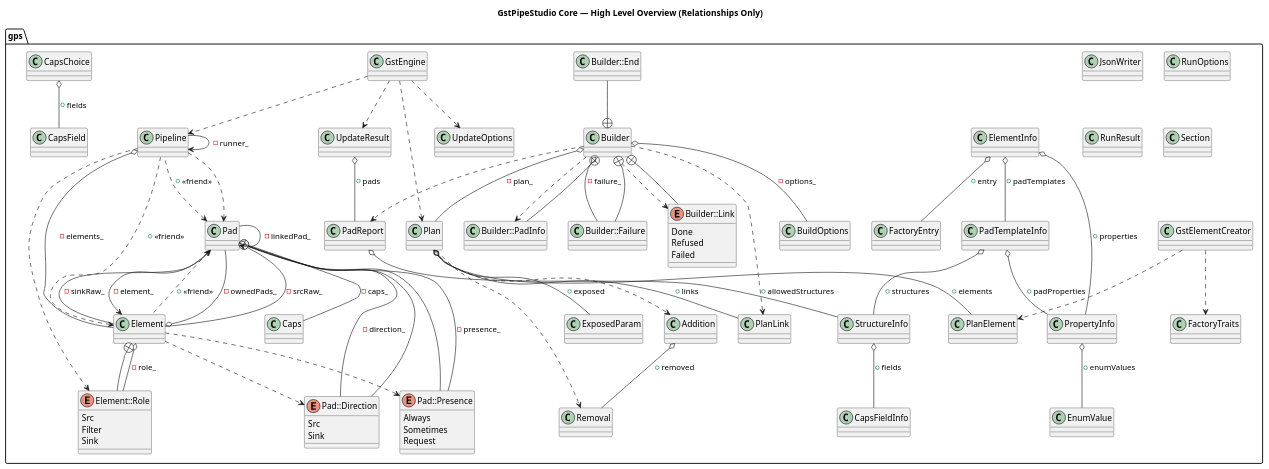
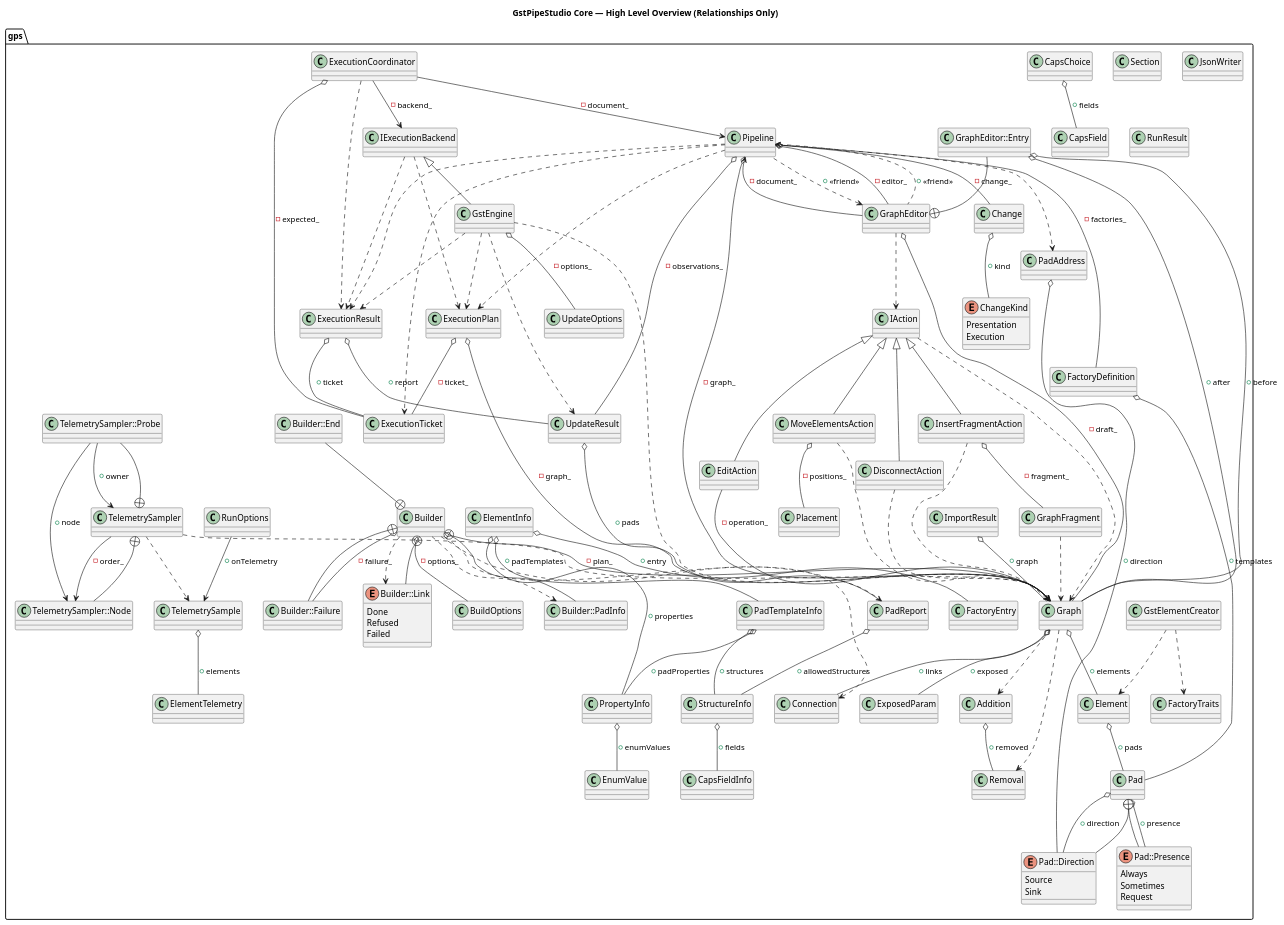
The diagram in gstpipestudio/docs/uml/core_overview.puml (mevlt01001/GstPipeStudio), drawn with PlantUML before and after one commit. The commit also changed 14 other files, not shown here.

Commit message:
docs(uml): update UML diagrams [skip ci]

```diff
--- a/gstpipestudio/docs/uml/core_overview.puml
+++ b/gstpipestudio/docs/uml/core_overview.puml
@@ -1,16 +1,47 @@
 @startuml
 title GstPipeStudio Core — High Level Overview (Relationships Only)
 package [gps] as C_0002518914159231142625 {
+class "CapsField" as C_0006508864473784456079
+class C_0006508864473784456079 {
+__
+}
+class "CapsChoice" as C_0017766622697688448882
+class C_0017766622697688448882 {
+__
+}
 class "FactoryTraits" as C_0013051742850553982975
 class C_0013051742850553982975 {
 __
 }
-class "PlanElement" as C_0007539717992276085532
-class C_0007539717992276085532 {
+class "Pad" as C_0009518918721721265326
+class C_0009518918721721265326 {
 __
 }
-class "PlanLink" as C_0006075855463494315183
-class C_0006075855463494315183 {
+enum "Pad::Direction" as C_0017606117253161268534
+enum C_0017606117253161268534 {
+Source
+Sink
+}
+enum "Pad::Presence" as C_0001294005907106994464
+enum C_0001294005907106994464 {
+Always
+Sometimes
+Request
+}
+class "PadAddress" as C_0004459205221438128071
+class C_0004459205221438128071 {
+__
+}
+class "FactoryDefinition" as C_0015968372269811866177
+class C_0015968372269811866177 {
+__
+}
+class "Element" as C_0001326683342747104663
+class C_0001326683342747104663 {
+__
+}
+class "Connection" as C_0002505624204310929246
+class C_0002505624204310929246 {
 __
 }
 class "ExposedParam" as C_0009995579580061596989
@@ -25,8 +56,105 @@
 class C_0014123026597954571416 {
 __
 }
-class "Plan" as C_0000028171970329881143
-class C_0000028171970329881143 {
+class "Graph" as C_0018067283933574651792
+class C_0018067283933574651792 {
+__
+}
+class "Section" as C_0015391064260961665124
+class C_0015391064260961665124 {
+__
+}
+class "CapsFieldInfo" as C_0013410461275766476270
+class C_0013410461275766476270 {
+__
+}
+class "StructureInfo" as C_0003746534394387167421
+class C_0003746534394387167421 {
+__
+}
+class "PadReport" as C_0017990539626448234546
+class C_0017990539626448234546 {
+__
+}
+class "UpdateResult" as C_0013065720672133927035
+class C_0013065720672133927035 {
+__
+}
+class "ElementTelemetry" as C_0015471727704713631072
+class C_0015471727704713631072 {
+__
+}
+class "TelemetrySample" as C_0017969585086313141035
+class C_0017969585086313141035 {
+__
+}
+enum "ChangeKind" as C_0018362449830922159198
+enum C_0018362449830922159198 {
+Presentation
+Execution
+}
+class "Change" as C_0018307412983780087959
+class C_0018307412983780087959 {
+__
+}
+class "ExecutionTicket" as C_0011849018542757719141
+class C_0011849018542757719141 {
+__
+}
+class "ExecutionPlan" as C_0003081048646486760799
+class C_0003081048646486760799 {
+__
+}
+class "ExecutionResult" as C_0018096670095179205606
+class C_0018096670095179205606 {
+__
+}
+class "IExecutionBackend" as C_0015605349187254247432
+class C_0015605349187254247432 {
+__
+}
+class "IAction" as C_0010317797543984879948
+class C_0010317797543984879948 {
+__
+}
+class "EditAction" as C_0001005249180849585297
+class C_0001005249180849585297 {
+__
+}
+class "GraphEditor" as C_0016614322488672564990
+class C_0016614322488672564990 {
+__
+}
+class "GraphEditor::Entry" as C_0007768853586094295840
+class C_0007768853586094295840 {
+__
+}
+class "GraphFragment" as C_0003483808225129356273
+class C_0003483808225129356273 {
+__
+}
+class "Pipeline" as C_0016155900727951096977
+class C_0016155900727951096977 {
+__
+}
+class "ExecutionCoordinator" as C_0012554930199260142410
+class C_0012554930199260142410 {
+__
+}
+class "Placement" as C_0008300182268554480961
+class C_0008300182268554480961 {
+__
+}
+class "MoveElementsAction" as C_0012363950950962011195
+class C_0012363950950962011195 {
+__
+}
+class "DisconnectAction" as C_0007814516208255693743
+class C_0007814516208255693743 {
+__
+}
+class "InsertFragmentAction" as C_0005716851070787457504
+class C_0005716851070787457504 {
 __
 }
 class "GstElementCreator" as C_0005222315936444744904
@@ -49,14 +177,6 @@
 class C_0005882221733675194402 {
 __
 }
-class "CapsFieldInfo" as C_0013410461275766476270
-class C_0013410461275766476270 {
-__
-}
-class "StructureInfo" as C_0003746534394387167421
-class C_0003746534394387167421 {
-__
-}
 class "PadTemplateInfo" as C_0007136070967673481743
 class C_0007136070967673481743 {
 __
@@ -65,16 +185,8 @@
 class C_0015854607360646402873 {
 __
 }
-class "PadReport" as C_0017990539626448234546
-class C_0017990539626448234546 {
-__
-}
 class "UpdateOptions" as C_0004763058859458917422
 class C_0004763058859458917422 {
-__
-}
-class "UpdateResult" as C_0013065720672133927035
-class C_0013065720672133927035 {
 __
 }
 class "RunOptions" as C_0012291864674614843750
@@ -111,110 +223,119 @@
 Refused
 Failed
 }
-class "Caps" as C_0014040444836502338537
-class C_0014040444836502338537 {
-__
-}
-class "Pad" as C_0009518918721721265326
-class C_0009518918721721265326 {
-__
-}
-enum "Pad::Direction" as C_0017606117253161268534
-enum C_0017606117253161268534 {
-Src
-Sink
-}
-enum "Pad::Presence" as C_0001294005907106994464
-enum C_0001294005907106994464 {
-Always
-Sometimes
-Request
-}
-class "Element" as C_0001326683342747104663
-class C_0001326683342747104663 {
-__
-}
-enum "Element::Role" as C_0017390648208247545476
-enum C_0017390648208247545476 {
-Src
-Filter
-Sink
-}
-class "Pipeline" as C_0016155900727951096977
-class C_0016155900727951096977 {
-__
-}
 class "GstEngine" as C_0001752346928852604195
 class C_0001752346928852604195 {
 __
 }
-class "CapsField" as C_0006508864473784456079
-class C_0006508864473784456079 {
+class "TelemetrySampler" as C_0007019408765232808652
+class C_0007019408765232808652 {
 __
 }
-class "CapsChoice" as C_0017766622697688448882
-class C_0017766622697688448882 {
+class "TelemetrySampler::Node" as C_0000502810819791949101
+class C_0000502810819791949101 {
 __
 }
-class "Section" as C_0015391064260961665124
-class C_0015391064260961665124 {
+class "TelemetrySampler::Probe" as C_0010466035195744977663
+class C_0010466035195744977663 {
+__
+}
+class "ImportResult" as C_0011180143725618538086
+class C_0011180143725618538086 {
 __
 }
 }
+C_0017766622697688448882 o-- C_0006508864473784456079 : +fields
+C_0009518918721721265326 o-- C_0017606117253161268534 : +direction
+C_0009518918721721265326 o-- C_0001294005907106994464 : +presence
+C_0017606117253161268534 --+ C_0009518918721721265326
+C_0001294005907106994464 --+ C_0009518918721721265326
+C_0004459205221438128071 o-- C_0017606117253161268534 : +direction
+C_0015968372269811866177 o-- C_0009518918721721265326 : +templates
+C_0001326683342747104663 o-- C_0009518918721721265326 : +pads
 C_0014123026597954571416 o-- C_0012887087281388355273 : +removed
-C_0000028171970329881143 ..> C_0012887087281388355273
-C_0000028171970329881143 ..> C_0014123026597954571416
-C_0000028171970329881143 o-- C_0007539717992276085532 : +elements
-C_0000028171970329881143 o-- C_0006075855463494315183 : +links
-C_0000028171970329881143 o-- C_0009995579580061596989 : +exposed
-C_0005222315936444744904 ..> C_0007539717992276085532
+C_0018067283933574651792 ..> C_0012887087281388355273
+C_0018067283933574651792 ..> C_0014123026597954571416
+C_0018067283933574651792 o-- C_0001326683342747104663 : +elements
+C_0018067283933574651792 o-- C_0002505624204310929246 : +links
+C_0018067283933574651792 o-- C_0009995579580061596989 : +exposed
+C_0003746534394387167421 o-- C_0013410461275766476270 : +fields
+C_0017990539626448234546 o-- C_0003746534394387167421 : +allowedStructures
+C_0013065720672133927035 o-- C_0017990539626448234546 : +pads
+C_0017969585086313141035 o-- C_0015471727704713631072 : +elements
+C_0018307412983780087959 o-- C_0018362449830922159198 : +kind
+C_0003081048646486760799 o-- C_0018067283933574651792 : -graph_
+C_0003081048646486760799 o-- C_0011849018542757719141 : -ticket_
+C_0018096670095179205606 o-- C_0011849018542757719141 : +ticket
+C_0018096670095179205606 o-- C_0013065720672133927035 : +report
+C_0015605349187254247432 ..> C_0003081048646486760799
+C_0015605349187254247432 ..> C_0018096670095179205606
+C_0010317797543984879948 ..> C_0018067283933574651792
+C_0001005249180849585297 --> C_0018067283933574651792 : -operation_
+C_0010317797543984879948 <|-- C_0001005249180849585297
+C_0016614322488672564990 ..> C_0010317797543984879948
+C_0016614322488672564990 --> C_0016155900727951096977 : -document_
+C_0016614322488672564990 o-- C_0018067283933574651792 : -draft_
+C_0016614322488672564990 <.. C_0016155900727951096977 : +<<friend>>
+C_0007768853586094295840 --+ C_0016614322488672564990
+C_0007768853586094295840 o-- C_0018067283933574651792 : +before
+C_0007768853586094295840 o-- C_0018067283933574651792 : +after
+C_0003483808225129356273 ..> C_0018067283933574651792
+C_0016155900727951096977 ..> C_0004459205221438128071
+C_0016155900727951096977 ..> C_0003081048646486760799
+C_0016155900727951096977 ..> C_0018096670095179205606
+C_0016155900727951096977 ..> C_0011849018542757719141
+C_0016155900727951096977 o-- C_0015968372269811866177 : -factories_
+C_0016155900727951096977 o-- C_0018067283933574651792 : -graph_
+C_0016155900727951096977 o-- C_0016614322488672564990 : -editor_
+C_0016155900727951096977 o-- C_0018307412983780087959 : -change_
+C_0016155900727951096977 o-- C_0013065720672133927035 : -observations_
+C_0016155900727951096977 <.. C_0016614322488672564990 : +<<friend>>
+C_0012554930199260142410 ..> C_0018096670095179205606
+C_0012554930199260142410 --> C_0016155900727951096977 : -document_
+C_0012554930199260142410 --> C_0015605349187254247432 : -backend_
+C_0012554930199260142410 o-- C_0011849018542757719141 : -expected_
+C_0012363950950962011195 ..> C_0018067283933574651792
+C_0012363950950962011195 o-- C_0008300182268554480961 : -positions_
+C_0010317797543984879948 <|-- C_0012363950950962011195
+C_0007814516208255693743 ..> C_0018067283933574651792
+C_0010317797543984879948 <|-- C_0007814516208255693743
+C_0005716851070787457504 ..> C_0018067283933574651792
+C_0005716851070787457504 o-- C_0003483808225129356273 : -fragment_
+C_0010317797543984879948 <|-- C_0005716851070787457504
+C_0005222315936444744904 ..> C_0001326683342747104663
 C_0005222315936444744904 ..> C_0013051742850553982975
 C_0005882221733675194402 o-- C_0012765824391351199139 : +enumValues
-C_0003746534394387167421 o-- C_0013410461275766476270 : +fields
 C_0007136070967673481743 o-- C_0003746534394387167421 : +structures
 C_0007136070967673481743 o-- C_0005882221733675194402 : +padProperties
 C_0015854607360646402873 o-- C_0000440172370049072548 : +entry
 C_0015854607360646402873 o-- C_0007136070967673481743 : +padTemplates
 C_0015854607360646402873 o-- C_0005882221733675194402 : +properties
-C_0017990539626448234546 o-- C_0003746534394387167421 : +allowedStructures
-C_0013065720672133927035 o-- C_0017990539626448234546 : +pads
+C_0012291864674614843750 --> C_0017969585086313141035 : +onTelemetry
 C_0009118436794158611664 ..> C_0017990539626448234546
 C_0009118436794158611664 ..> C_0010578016348553779959
-C_0009118436794158611664 ..> C_0006075855463494315183
+C_0009118436794158611664 ..> C_0002505624204310929246
 C_0009118436794158611664 ..> C_0002012926535479199836
-C_0009118436794158611664 o-- C_0000028171970329881143 : -plan_
+C_0009118436794158611664 o-- C_0018067283933574651792 : -plan_
 C_0009118436794158611664 o-- C_0016130374138168955360 : -options_
 C_0009118436794158611664 o-- C_0011418329162554135375 : -failure_
 C_0011418329162554135375 --+ C_0009118436794158611664
 C_0004291238238351396201 --+ C_0009118436794158611664
 C_0010578016348553779959 --+ C_0009118436794158611664
 C_0002012926535479199836 --+ C_0009118436794158611664
-C_0009518918721721265326 --> C_0001326683342747104663 : -element_
-C_0009518918721721265326 o-- C_0017606117253161268534 : -direction_
-C_0009518918721721265326 o-- C_0001294005907106994464 : -presence_
-C_0009518918721721265326 --> C_0009518918721721265326 : -linkedPad_
-C_0009518918721721265326 o-- C_0014040444836502338537 : -caps_
-C_0009518918721721265326 <.. C_0001326683342747104663 : +<<friend>>
-C_0009518918721721265326 <.. C_0016155900727951096977 : +<<friend>>
-C_0017606117253161268534 --+ C_0009518918721721265326
-C_0001294005907106994464 --+ C_0009518918721721265326
-C_0001326683342747104663 ..> C_0017606117253161268534
-C_0001326683342747104663 ..> C_0001294005907106994464
-C_0001326683342747104663 o-- C_0017390648208247545476 : -role_
-C_0001326683342747104663 o-- C_0009518918721721265326 : -ownedPads_
-C_0001326683342747104663 --> C_0009518918721721265326 : -srcRaw_
-C_0001326683342747104663 --> C_0009518918721721265326 : -sinkRaw_
-C_0001326683342747104663 <.. C_0016155900727951096977 : +<<friend>>
-C_0017390648208247545476 --+ C_0001326683342747104663
-C_0016155900727951096977 ..> C_0017390648208247545476
-C_0016155900727951096977 ..> C_0009518918721721265326
-C_0016155900727951096977 o-- C_0001326683342747104663 : -elements_
-C_0016155900727951096977 --> C_0016155900727951096977 : -runner_
-C_0001752346928852604195 ..> C_0000028171970329881143
-C_0001752346928852604195 ..> C_0004763058859458917422
+C_0001752346928852604195 ..> C_0003081048646486760799
+C_0001752346928852604195 ..> C_0018096670095179205606
+C_0001752346928852604195 ..> C_0018067283933574651792
 C_0001752346928852604195 ..> C_0013065720672133927035
-C_0001752346928852604195 ..> C_0016155900727951096977
-C_0017766622697688448882 o-- C_0006508864473784456079 : +fields
+C_0001752346928852604195 o-- C_0004763058859458917422 : -options_
+C_0015605349187254247432 <|-- C_0001752346928852604195
+C_0007019408765232808652 ..> C_0018067283933574651792
+C_0007019408765232808652 ..> C_0017969585086313141035
+C_0007019408765232808652 --> C_0000502810819791949101 : -order_
+C_0000502810819791949101 --+ C_0007019408765232808652
+C_0010466035195744977663 --+ C_0007019408765232808652
+C_0010466035195744977663 --> C_0007019408765232808652 : +owner
+C_0010466035195744977663 --> C_0000502810819791949101 : +node
+C_0011180143725618538086 o-- C_0018067283933574651792 : +graph
 
 'Generated with clang-uml, version 0.6.3
 'LLVM version Ubuntu clang version 15.0.7
```
